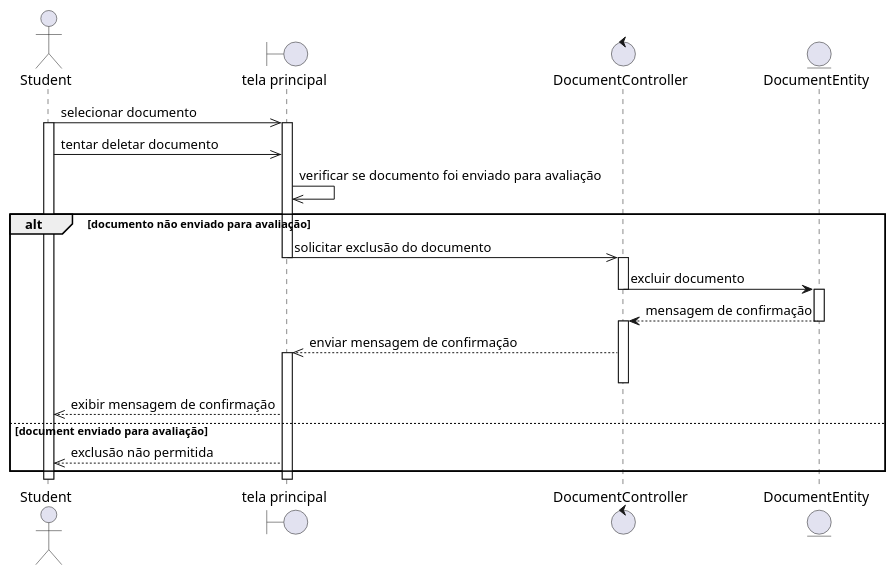
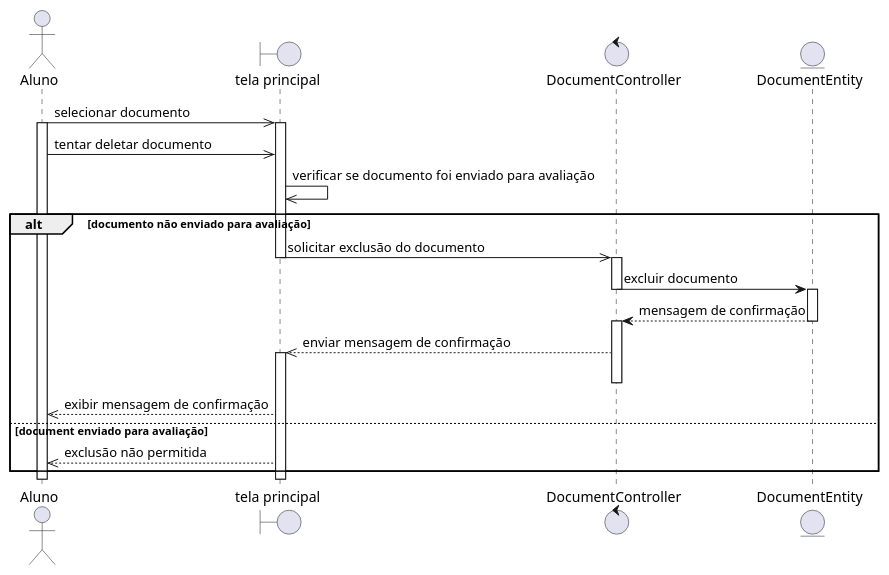
The diagram in design/sequence_code/student/document.delete.seq.wsd (rodrigoRolim/AC-backend), drawn with PlantUML before and after one commit. The commit also changed 61 other files, not shown here.

Commit message:
change requeriments and diagrams

```diff
--- a/design/sequence_code/student/document.delete.seq.wsd
+++ b/design/sequence_code/student/document.delete.seq.wsd
@@ -1,30 +1,30 @@
 @startuml
-actor Student
+actor Aluno
 boundary "tela principal" as home
 control DocumentController as control
 entity DocumentEntity as entity
 
-Student ->> home: selecionar documento
-activate Student
+Aluno ->> home: selecionar documento
+activate Aluno
 activate home
-Student ->> home: tentar deletar documento
+Aluno ->> home: tentar deletar documento
 home ->> home: verificar se documento foi enviado para avaliação
 alt documento não enviado para avaliação
   home ->> control: solicitar exclusão do documento
   deactivate home
   activate control
   control -> entity: excluir documento
   deactivate control
   activate entity
   entity --> control: mensagem de confirmação
   deactivate entity
   activate control
   control -->> home: enviar mensagem de confirmação
   activate home
   deactivate control
-  home -->> Student: exibir mensagem de confirmação 
+  home -->> Aluno: exibir mensagem de confirmação 
   
   else document enviado para avaliação
-    home -->> Student: exclusão não permitida
+    home -->> Aluno: exclusão não permitida
 end
 @enduml
```
